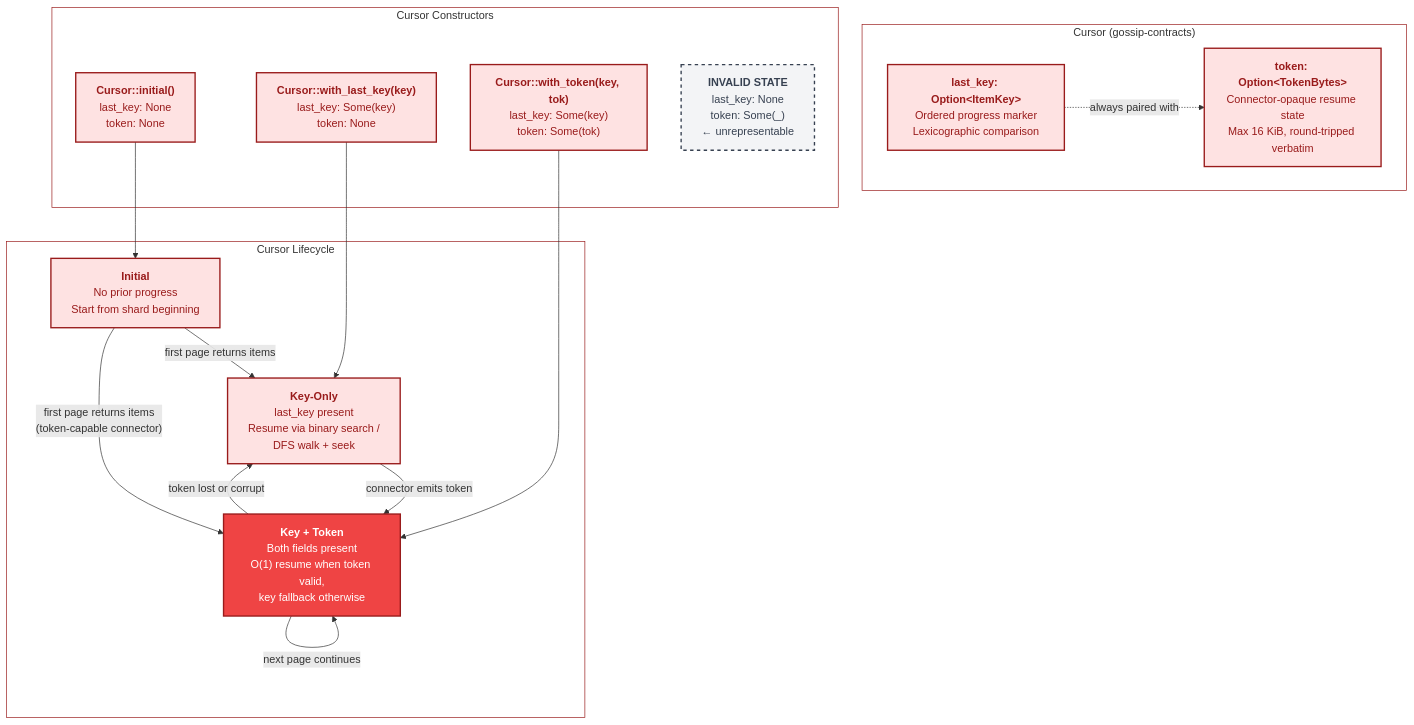
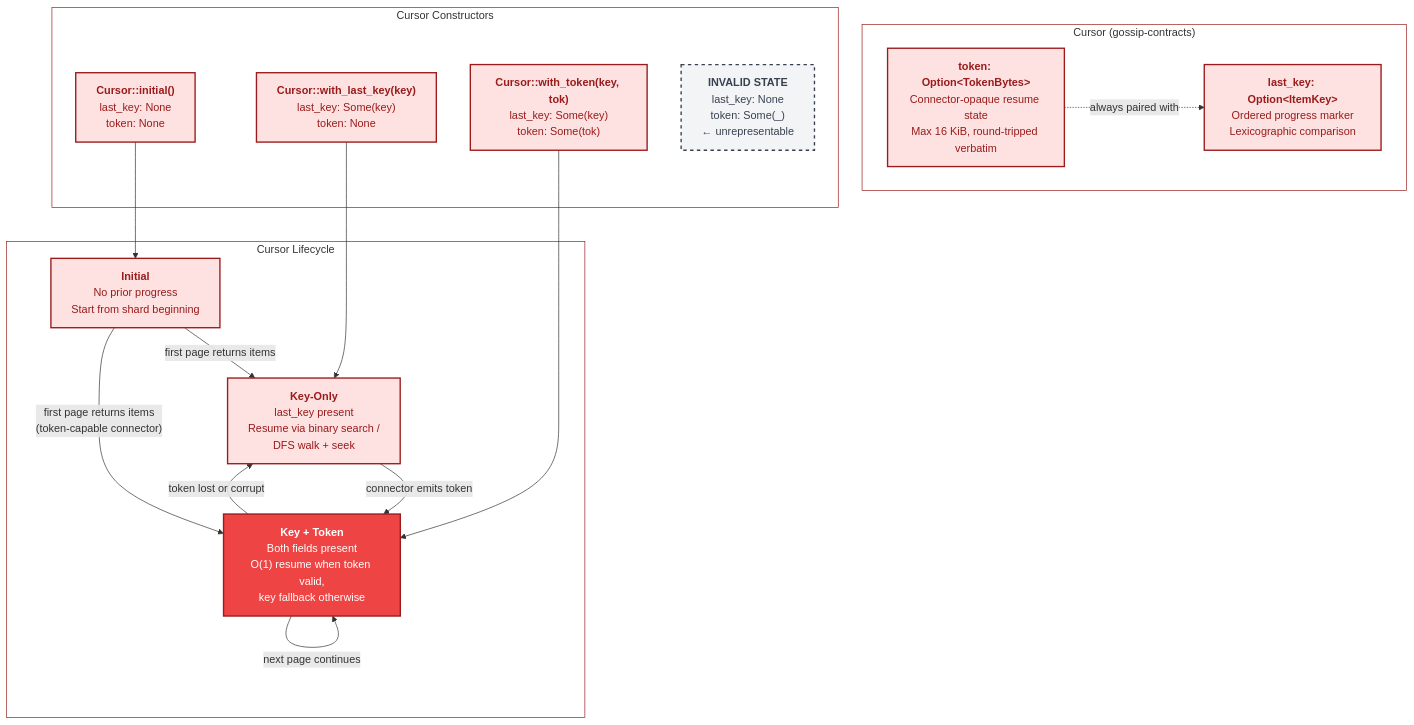
The first of 5 diagrams in diagrams/16-cursor-resume-strategy.md (ahrav/Gossip-rs), drawn with Mermaid before and after one commit. The commit also changed 9 other files, not shown here.

Commit message:
Reorder diagram reading paths and fix cross-references

````diff
--- a/diagrams/16-cursor-resume-strategy.md
+++ b/diagrams/16-cursor-resume-strategy.md
@@ -40,47 +40,47 @@
 ```mermaid
 %% Diagram: two-layer-cursor-architecture
 graph TD
     subgraph cursor_type["Cursor (gossip-contracts)"]
         LK["<b>last_key: Option&lt;ItemKey&gt;</b><br/>Ordered progress marker<br/>Lexicographic comparison"]
         TK["<b>token: Option&lt;TokenBytes&gt;</b><br/>Connector-opaque resume state<br/>Max 16 KiB, round-tripped verbatim"]
     end
 
     subgraph constructors["Cursor Constructors"]
         CI["<b>Cursor::initial()</b><br/>last_key: None<br/>token: None"]
         CK["<b>Cursor::with_last_key(key)</b><br/>last_key: Some(key)<br/>token: None"]
         CT["<b>Cursor::with_token(key, tok)</b><br/>last_key: Some(key)<br/>token: Some(tok)"]
         INVALID["<b>INVALID STATE</b><br/>last_key: None<br/>token: Some(_)<br/>← unrepresentable"]
     end
 
     subgraph states["Cursor Lifecycle"]
         S0["<b>Initial</b><br/>No prior progress<br/>Start from shard beginning"]
         S1["<b>Key-Only</b><br/>last_key present<br/>Resume via binary search /<br/>DFS walk + seek"]
         S2["<b>Key + Token</b><br/>Both fields present<br/>O(1) resume when token valid,<br/>key fallback otherwise"]
     end
 
     CI --> S0
     CK --> S1
     CT --> S2
 
     S0 -->|"first page returns items"| S1
     S0 -->|"first page returns items<br/>(token-capable connector)"| S2
     S1 -->|"connector emits token"| S2
     S2 -->|"token lost or corrupt"| S1
     S2 -->|"next page continues"| S2
 
-    LK -.->|"always paired with"| TK
+    TK -.->|"always paired with"| LK
 
     style cursor_type fill:none,stroke:#991B1B,stroke-width:1px
     style constructors fill:none,stroke:#991B1B,stroke-width:1px
     style states fill:none,stroke:#991B1B,stroke-width:1px
 
     style LK fill:#FEE2E2,stroke:#991B1B,stroke-width:2px,color:#991B1B
     style TK fill:#FEE2E2,stroke:#991B1B,stroke-width:2px,color:#991B1B
     style CI fill:#FEE2E2,stroke:#991B1B,stroke-width:2px,color:#991B1B
     style CK fill:#FEE2E2,stroke:#991B1B,stroke-width:2px,color:#991B1B
     style CT fill:#FEE2E2,stroke:#991B1B,stroke-width:2px,color:#991B1B
     style INVALID fill:#F3F4F6,stroke:#374151,stroke-width:2px,stroke-dasharray:5 5,color:#374151
     style S0 fill:#FEE2E2,stroke:#991B1B,stroke-width:2px,color:#991B1B
     style S1 fill:#FEE2E2,stroke:#991B1B,stroke-width:2px,color:#991B1B
     style S2 fill:#EF4444,stroke:#991B1B,stroke-width:2px,color:#FFFFFF
 ```
````
